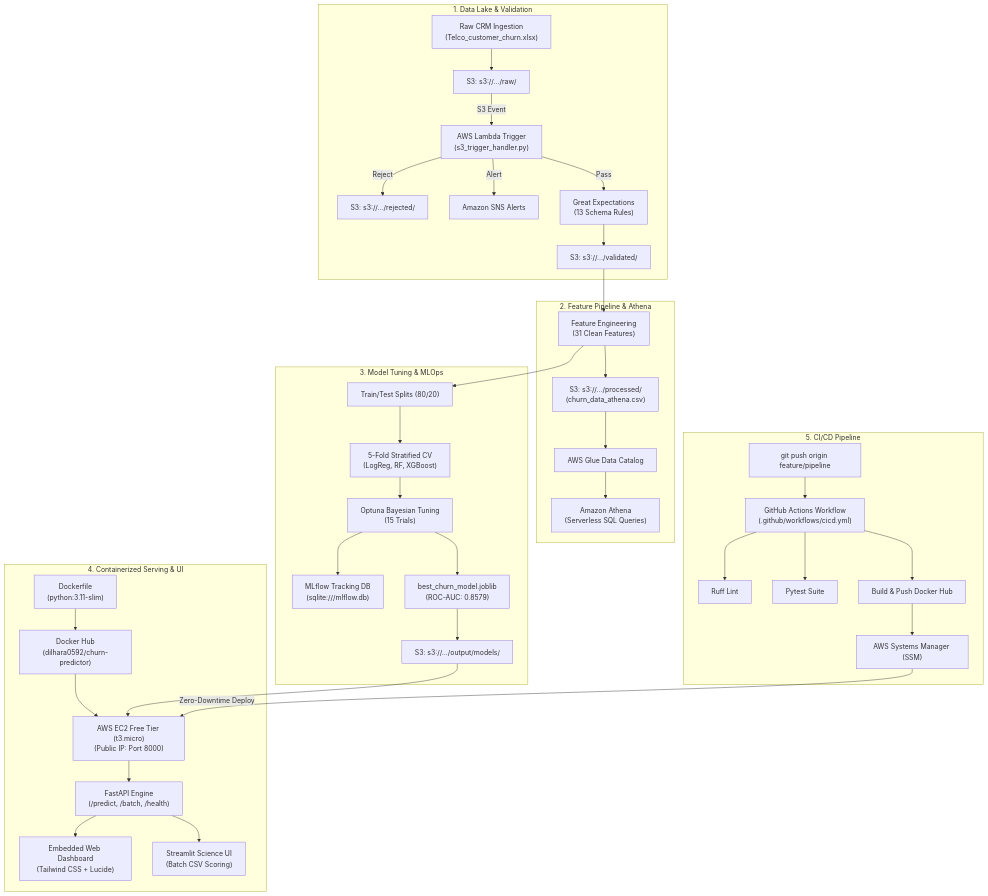
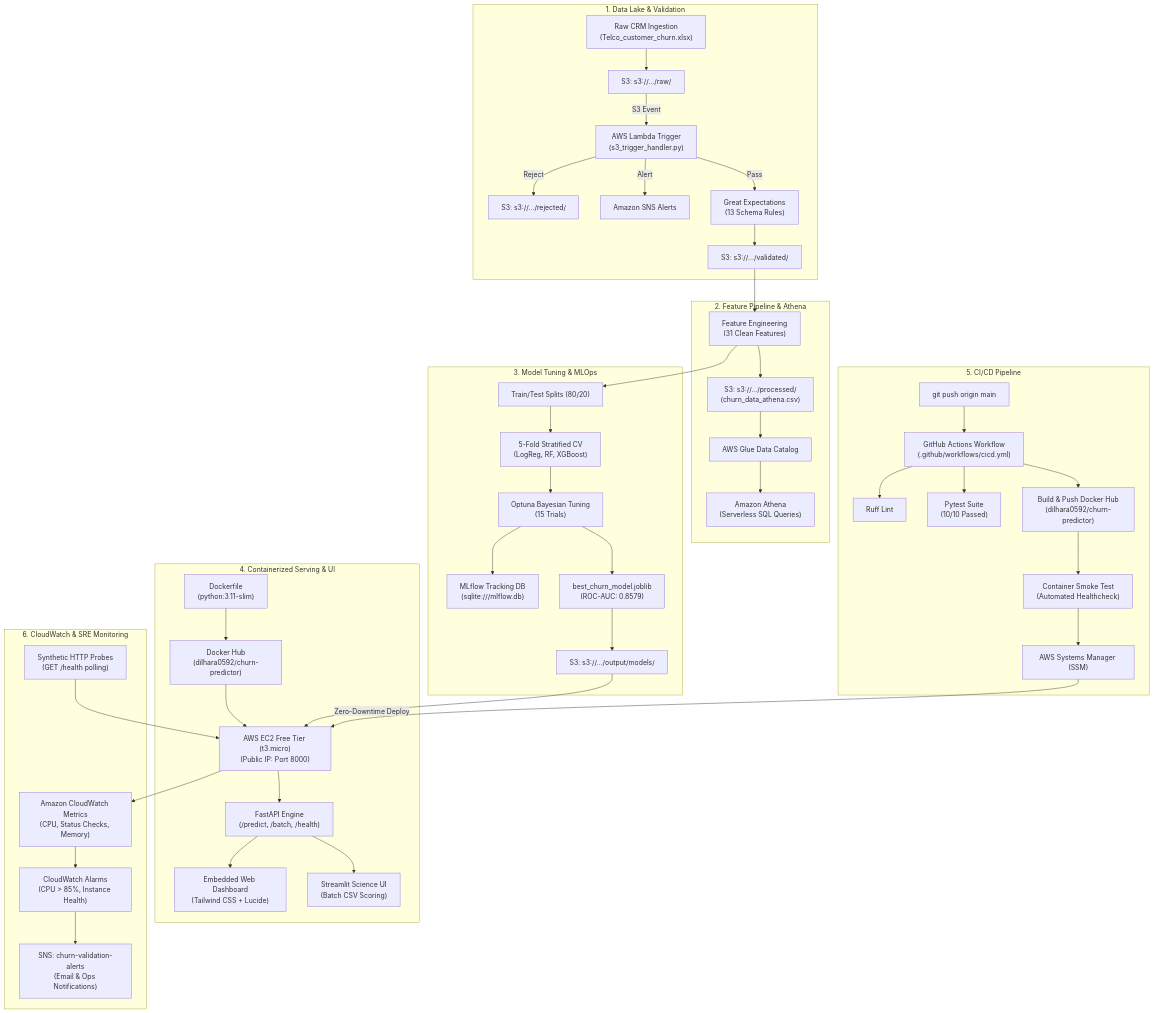
One commit to Dilharajay/churn_predictor changed the diagram in README.md. Above: the diagram before and after it, drawn with Mermaid. The commit also changed other lines of this file, not shown here.

Commit message:
docs(readme): add CloudWatch monitoring, EC2 lifecycle guide, and 3-stage CI/CD details

````diff
--- a/README.md
+++ b/README.md
@@ -61,45 +63,53 @@
 ```mermaid
 flowchart TD
     subgraph Ingestion ["1. Data Lake & Validation"]
         Upload["Raw CRM Ingestion\n(Telco_customer_churn.xlsx)"] --> S3Raw["S3: s3://.../raw/"]
         S3Raw -->|S3 Event| Lambda["AWS Lambda Trigger\n(s3_trigger_handler.py)"]
         Lambda -->|Reject| S3Reject["S3: s3://.../rejected/"]
         Lambda -->|Alert| SNS["Amazon SNS Alerts"]
         Lambda -->|Pass| GX["Great Expectations\n(13 Schema Rules)"]
         GX --> S3Val["S3: s3://.../validated/"]
     end
 
     subgraph DataPrep ["2. Feature Pipeline & Athena"]
         S3Val --> Preproc["Feature Engineering\n(31 Clean Features)"]
         Preproc --> S3Proc["S3: s3://.../processed/\n(churn_data_athena.csv)"]
         S3Proc --> Glue["AWS Glue Data Catalog"]
         Glue --> Athena["Amazon Athena\n(Serverless SQL Queries)"]
     end
 
     subgraph Modeling ["3. Model Tuning & MLOps"]
         Preproc --> Splits["Train/Test Splits (80/20)"]
         Splits --> Benchmark["5-Fold Stratified CV\n(LogReg, RF, XGBoost)"]
         Benchmark --> Optuna["Optuna Bayesian Tuning\n(15 Trials)"]
         Optuna --> MLflow["MLflow Tracking DB\n(sqlite:///mlflow.db)"]
         Optuna --> BestModel["best_churn_model.joblib\n(ROC-AUC: 0.8579)"]
         BestModel --> S3Model["S3: s3://.../output/models/"]
     end
 
     subgraph Production ["4. Containerized Serving & UI"]
         Dockerfile["Dockerfile\n(python:3.11-slim)"] --> DockerHub["Docker Hub\n(dilhara0592/churn-predictor)"]
         DockerHub --> EC2["AWS EC2 Free Tier (t3.micro)\n(Public IP: Port 8000)"]
         S3Model --> EC2
         EC2 --> FastAPI["FastAPI Engine\n(/predict, /batch, /health)"]
         FastAPI --> WebUI["Embedded Web Dashboard\n(Tailwind CSS + Lucide)"]
         FastAPI --> Streamlit["Streamlit Science UI\n(Batch CSV Scoring)"]
     end
 
     subgraph Automation ["5. CI/CD Pipeline"]
-        GitPush["git push origin feature/pipeline"] --> GHA["GitHub Actions Workflow\n(.github/workflows/cicd.yml)"]
+        GitPush["git push origin main"] --> GHA["GitHub Actions Workflow\n(.github/workflows/cicd.yml)"]
         GHA --> Lint["Ruff Lint"]
-        GHA --> Tests["Pytest Suite"]
-        GHA --> Push["Build & Push Docker Hub"]
-        Push --> SSM["AWS Systems Manager (SSM)"]
+        GHA --> Tests["Pytest Suite\n(10/10 Passed)"]
+        GHA --> Push["Build & Push Docker Hub\n(dilhara0592/churn-predictor)"]
+        Push --> Smoke["Container Smoke Test\n(Automated Healthcheck)"]
+        Smoke --> SSM["AWS Systems Manager (SSM)"]
         SSM -->|Zero-Downtime Deploy| EC2
     end
+
+    subgraph Observability ["6. CloudWatch & SRE Monitoring"]
+        EC2 --> CW["Amazon CloudWatch Metrics\n(CPU, Status Checks, Memory)"]
+        CW --> Alarms["CloudWatch Alarms\n(CPU > 85%, Instance Health)"]
+        Alarms --> SNSOps["SNS: churn-validation-alerts\n(Email & Ops Notifications)"]
+        Probe["Synthetic HTTP Probes\n(GET /health polling)"] --> EC2
+    end
 ```
````
